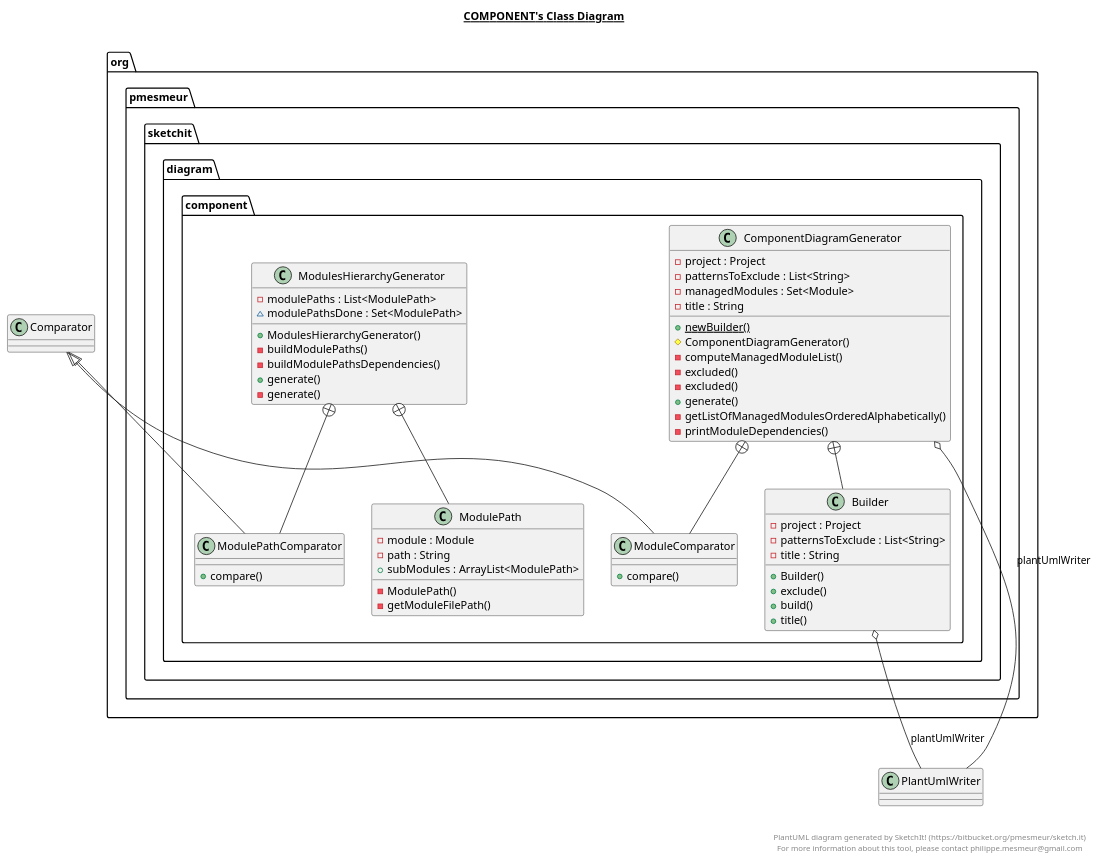
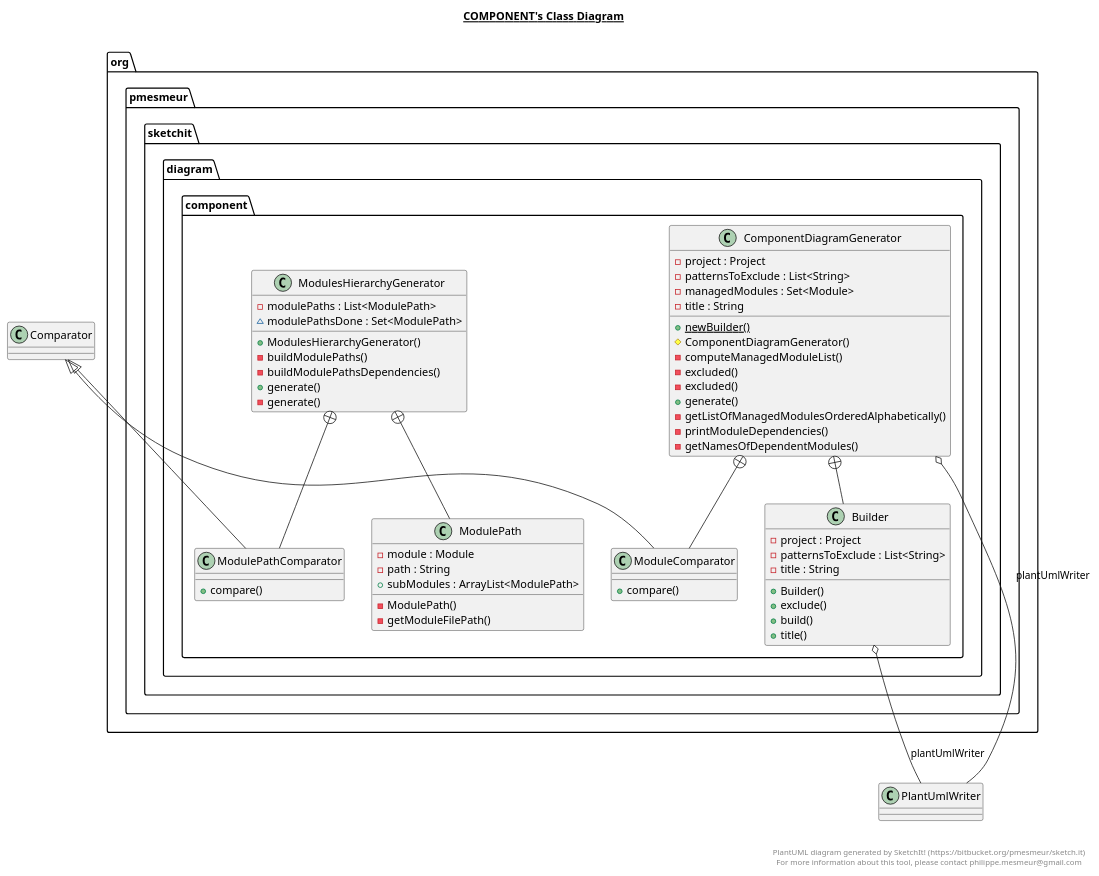
One commit to bigjimlefou/sketch.it changed the diagram in src/org/pmesmeur/sketchit/diagram/component/component.plantuml. Above: the diagram before and after it, drawn with PlantUML. The commit also changed 2 other files, not shown here.

Commit message:
Issue-11: update PlantUML model

```diff
--- a/src/org/pmesmeur/sketchit/diagram/component/component.plantuml
+++ b/src/org/pmesmeur/sketchit/diagram/component/component.plantuml
@@ -1,115 +1,116 @@
 @startuml
 
 title __COMPONENT's Class Diagram__\n
 
   package org.pmesmeur.sketchit {
     package org.pmesmeur.sketchit.diagram {
       package org.pmesmeur.sketchit.diagram.component {
         class ComponentDiagramGenerator {
             - project : Project
             - patternsToExclude : List<String>
             - managedModules : Set<Module>
             - title : String
             {static} + newBuilder()
             # ComponentDiagramGenerator()
             - computeManagedModuleList()
             - excluded()
             - excluded()
             + generate()
             - getListOfManagedModulesOrderedAlphabetically()
             - printModuleDependencies()
+            - getNamesOfDependentModules()
         }
       }
     }
   }
   
 
   package org.pmesmeur.sketchit {
     package org.pmesmeur.sketchit.diagram {
       package org.pmesmeur.sketchit.diagram.component {
         class Builder {
             - project : Project
             - patternsToExclude : List<String>
             - title : String
             + Builder()
             + exclude()
             + build()
             + title()
         }
       }
     }
   }
   
 
   package org.pmesmeur.sketchit {
     package org.pmesmeur.sketchit.diagram {
       package org.pmesmeur.sketchit.diagram.component {
         class ModuleComparator {
             + compare()
         }
       }
     }
   }
   
 
   package org.pmesmeur.sketchit {
     package org.pmesmeur.sketchit.diagram {
       package org.pmesmeur.sketchit.diagram.component {
         class ModulesHierarchyGenerator {
             - modulePaths : List<ModulePath>
             ~ modulePathsDone : Set<ModulePath>
             + ModulesHierarchyGenerator()
             - buildModulePaths()
             - buildModulePathsDependencies()
             + generate()
             - generate()
         }
       }
     }
   }
   
 
   package org.pmesmeur.sketchit {
     package org.pmesmeur.sketchit.diagram {
       package org.pmesmeur.sketchit.diagram.component {
         class ModulePath {
             - module : Module
             - path : String
             + subModules : ArrayList<ModulePath>
             - ModulePath()
             - getModuleFilePath()
         }
       }
     }
   }
   
 
   package org.pmesmeur.sketchit {
     package org.pmesmeur.sketchit.diagram {
       package org.pmesmeur.sketchit.diagram.component {
         class ModulePathComparator {
             + compare()
         }
       }
     }
   }
   
 
   ComponentDiagramGenerator o-- PlantUmlWriter : plantUmlWriter
   ComponentDiagramGenerator +-down- Builder
   ComponentDiagramGenerator +-down- ModuleComparator
   Builder o-- PlantUmlWriter : plantUmlWriter
   ModuleComparator -up-|> Comparator
   ModulesHierarchyGenerator +-down- ModulePath
   ModulesHierarchyGenerator +-down- ModulePathComparator
   ModulePathComparator -up-|> Comparator
 
 
 right footer
 
 
 PlantUML diagram generated by SketchIt! (https://bitbucket.org/pmesmeur/sketch.it)
 For more information about this tool, please contact philippe.mesmeur@gmail.com
 endfooter
 
 @enduml
```
